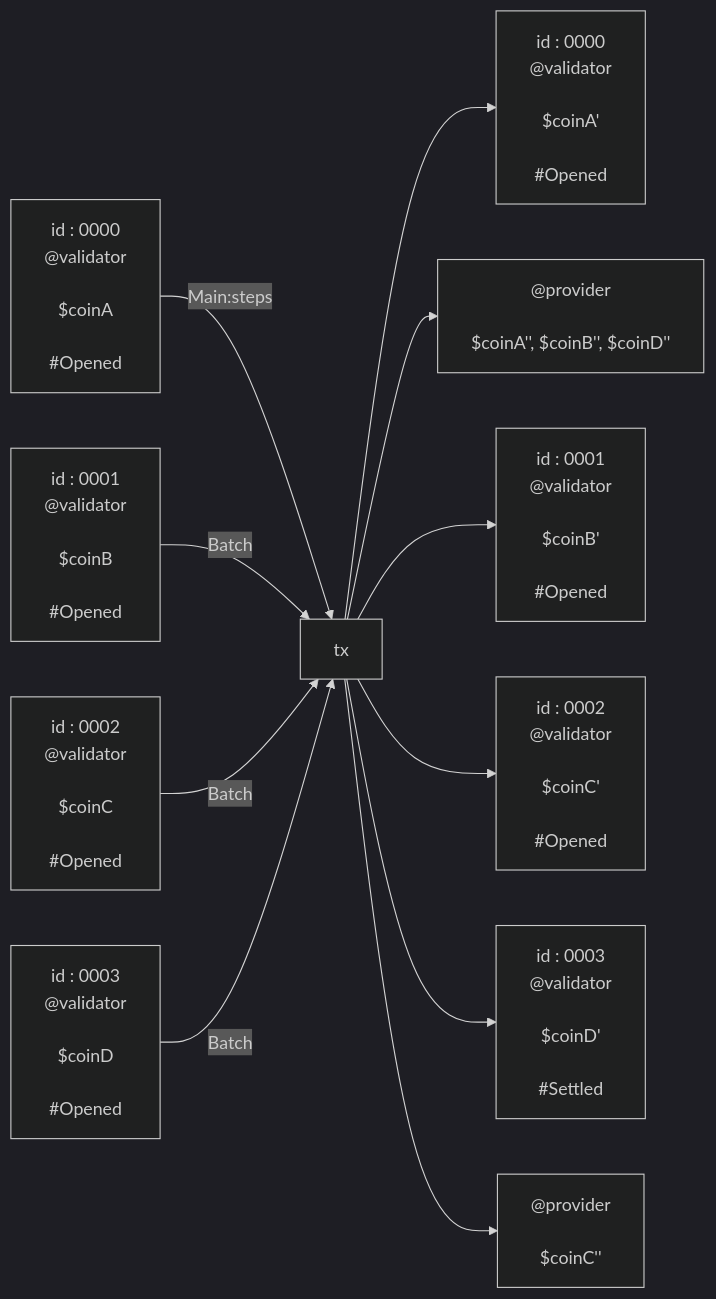
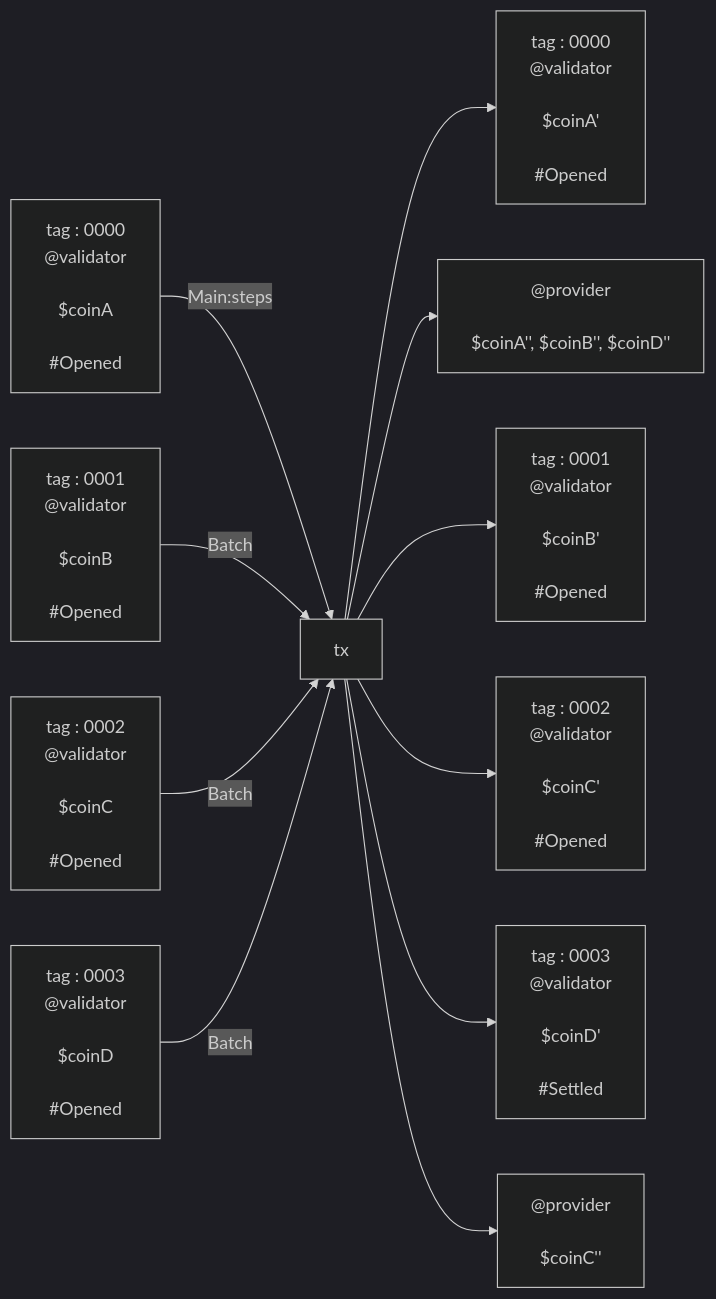
Before and after one commit to kompact-io/subbit-xyz: the ninth of 10 diagrams in docs/design/l1-spec.md, drawn with Mermaid (dark theme). The commit also changed other lines of this file and 36 other files, not shown here.

````diff
--- a/docs/design/l1-spec.md
+++ b/docs/design/l1-spec.md
@@ -799,78 +799,78 @@
 ```mermaid
 flowchart LR
     i_subbit_0["
-      id : 0000
+      tag : 0000
       @validator \n
       $coinA \n
       #Opened
     "]
 
     i_subbit_1["
-      id : 0001
+      tag : 0001
       @validator \n
       $coinB \n
       #Opened
     "]
 
     i_subbit_2["
-      id : 0002
+      tag : 0002
       @validator \n
       $coinC \n
       #Opened
     "]
 
     i_subbit_3["
-      id : 0003
+      tag : 0003
       @validator \n
       $coinD \n
       #Opened
     "]
 
     m["tx"]
 
     o_subbit_0["
-      id : 0000
+      tag : 0000
       @validator \n
       $coinA' \n
       #Opened
     "]
 
     o_provider_0["
       @provider \n
       $coinA'', $coinB'', $coinD''\n
     "]
 
     o_subbit_1["
-      id : 0001
+      tag : 0001
       @validator \n
       $coinB' \n
       #Opened
     "]
 
     o_subbit_2["
-      id : 0002
+      tag : 0002
       @validator \n
       $coinC' \n
       #Opened
     "]
 
     o_subbit_3["
-      id : 0003
+      tag : 0003
       @validator \n
       $coinD' \n
       #Settled
     "]
 
     o_provider_1["
       @provider \n
       $coinC''\n
     "]
 
 
     i_subbit_0 -->|Main:steps| m --> o_subbit_0
     m --> o_provider_0
     i_subbit_1 -->|Batch| m --> o_subbit_1
     i_subbit_2 -->|Batch| m --> o_subbit_2
     i_subbit_3 -->|Batch| m --> o_subbit_3
     m --> o_provider_1
 ```
````
